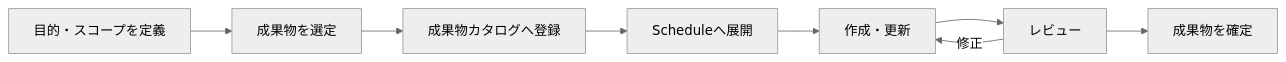
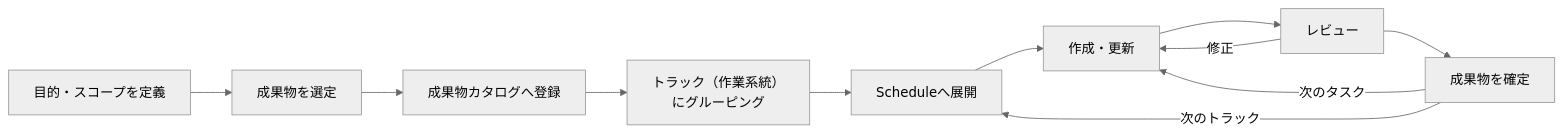
One commit to specdojo/specdojo changed the second of 3 diagrams in docs/ja/specdojo/guides/specdojo-overview-guide.md. Above: the diagram before and after it, drawn with Mermaid (neutral theme). The commit also changed other lines of this file and 4 other files, not shown here.

````diff
--- a/docs/ja/specdojo/guides/specdojo-overview-guide.md
+++ b/docs/ja/specdojo/guides/specdojo-overview-guide.md
@@ -136,13 +136,16 @@
 ```mermaid
 flowchart LR
   A["目的・スコープを定義"]
   B["成果物を選定"]
   C["成果物カタログへ登録"]
-  D["Scheduleへ展開"]
-  E["作成・更新"]
-  F["レビュー"]
-  G["成果物を確定"]
+  D["トラック（作業系統）<br/>にグルーピング"]
+  E["Scheduleへ展開"]
+  F["作成・更新"]
+  G["レビュー"]
+  H["成果物を確定"]
 
-  A --> B --> C --> D --> E --> F --> G
-  F -->|修正| E
+  A --> B --> C --> D --> E --> F --> G --> H
+  G -->|修正| F
+  H -->|次のタスク| F
+  H -->|次のトラック| E
 ```
````
